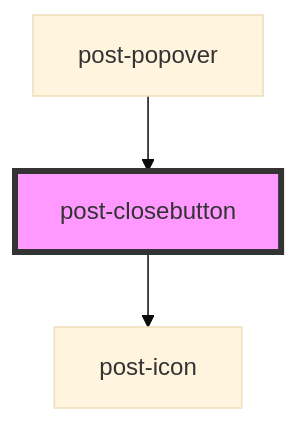
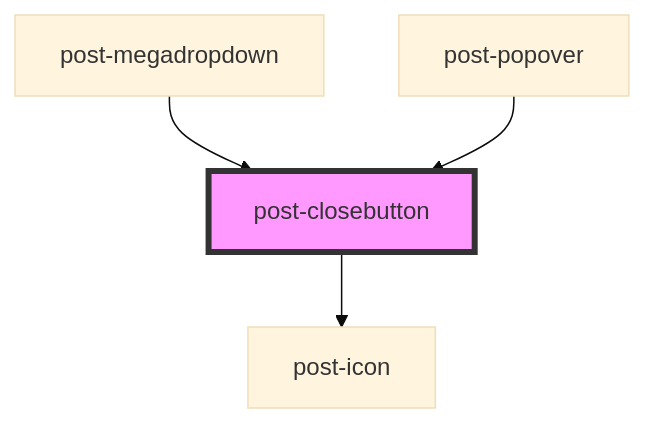
Before and after one commit to swisspost/design-system: the diagram in packages/components/src/components/post-closebutton/readme.md, drawn with Mermaid (base theme). The commit also changed other lines of this file and 14 other files, not shown here.

Commit message:
Remove unnecessary slots from the post-megadropdown

````diff
--- a/packages/components/src/components/post-closebutton/readme.md
+++ b/packages/components/src/components/post-closebutton/readme.md
@@ -33,6 +34,7 @@
 ```mermaid
 graph TD;
   post-closebutton --> post-icon
+  post-megadropdown --> post-closebutton
   post-popover --> post-closebutton
   style post-closebutton fill:#f9f,stroke:#333,stroke-width:4px
 ```
````
